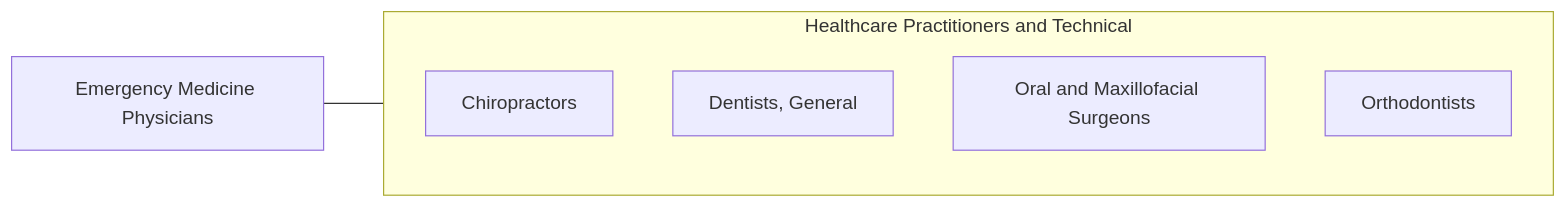
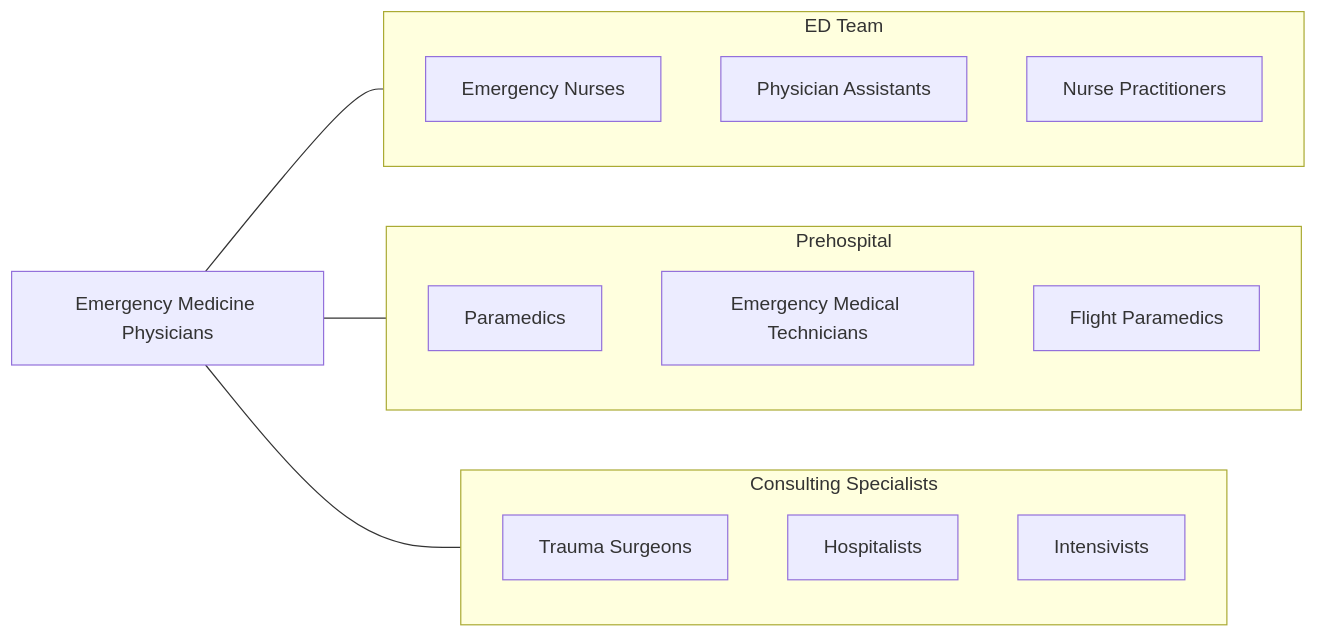
Before and after one commit to kziemski/business.org.ai: the fourth of 4 diagrams in occupations/HealthcarePractitioners/EmergencyMedicinePhysicians.mdx, drawn with Mermaid. The commit also changed other lines of this file and 938 other files, not shown here.

````diff
--- a/occupations/HealthcarePractitioners/EmergencyMedicinePhysicians.mdx
+++ b/occupations/HealthcarePractitioners/EmergencyMedicinePhysicians.mdx
@@ -125,13 +212,26 @@
 ```mermaid
 graph LR
     Current["Emergency Medicine Physicians"]
 
-    subgraph SameCategory["Healthcare Practitioners and Technical"]
-        Chiropractors["Chiropractors"]
-        DentistsGeneral["Dentists, General"]
-        OralAndMaxillofacial["Oral and Maxillofacial Surgeons"]
-        Orthodontists["Orthodontists"]
+    subgraph EDTeam["ED Team"]
+        EmergNurse["Emergency Nurses"]
+        PA["Physician Assistants"]
+        NP["Nurse Practitioners"]
     end
 
-    Current --- SameCategory
+    subgraph Prehospital["Prehospital"]
+        Paramedics["Paramedics"]
+        EMTs["Emergency Medical Technicians"]
+        FlightMedics["Flight Paramedics"]
+    end
+
+    subgraph Specialists["Consulting Specialists"]
+        Surgeons["Trauma Surgeons"]
+        Hospitalists["Hospitalists"]
+        Intensivists["Intensivists"]
+    end
+
+    Current --- EDTeam
+    Current --- Prehospital
+    Current --- Specialists
 ```
````
